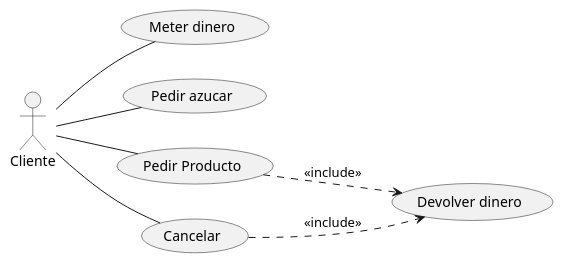
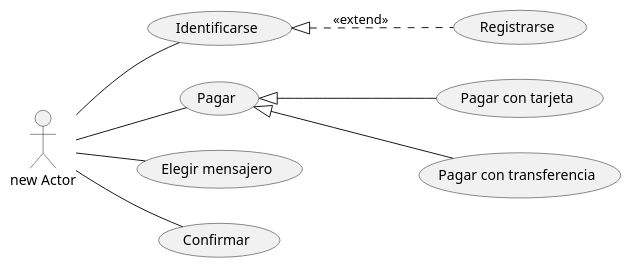
The diagram in CasosDeUso1.puml (CorazaNegra/CasosDeUsos1), drawn with PlantUML before and after one commit.

Commit message:
Ejemplo: tienda en internet

```diff
--- a/CasosDeUso1.puml
+++ b/CasosDeUso1.puml
@@ -1,19 +1,22 @@
 @startuml
 
 left to right direction
-actor "Cliente" as cl
+actor "new Actor" as nA
 
-usecase "Meter dinero" as UC1
-usecase "Pedir azucar" as UC2
-usecase "Pedir Producto" as UC3
-usecase "Cancelar" as UC4
-usecase "Devolver dinero" as UC5
+usecase "Identificarse" as UC1
+usecase "Pagar" as UC2
+usecase "Elegir mensajero" as UC3
+usecase "Confirmar" as UC4
+usecase "Registrarse" as UC5
+usecase "Pagar con tarjeta" as UC6
+usecase "Pagar con transferencia" as UC7
 
-cl -- UC1
-cl -- UC2
-cl -- UC3
-cl -- UC4
-UC3 ..> UC5 : <<include>>
-UC4 ..> UC5 : <<include>>
+nA -- UC1
+nA -- UC2
+nA -- UC3
+nA -- UC4
+UC1 <|.. UC5 : <<extend>>
+UC2 <|-- UC6
+UC2 <|-- UC7
 
 @enduml
```
